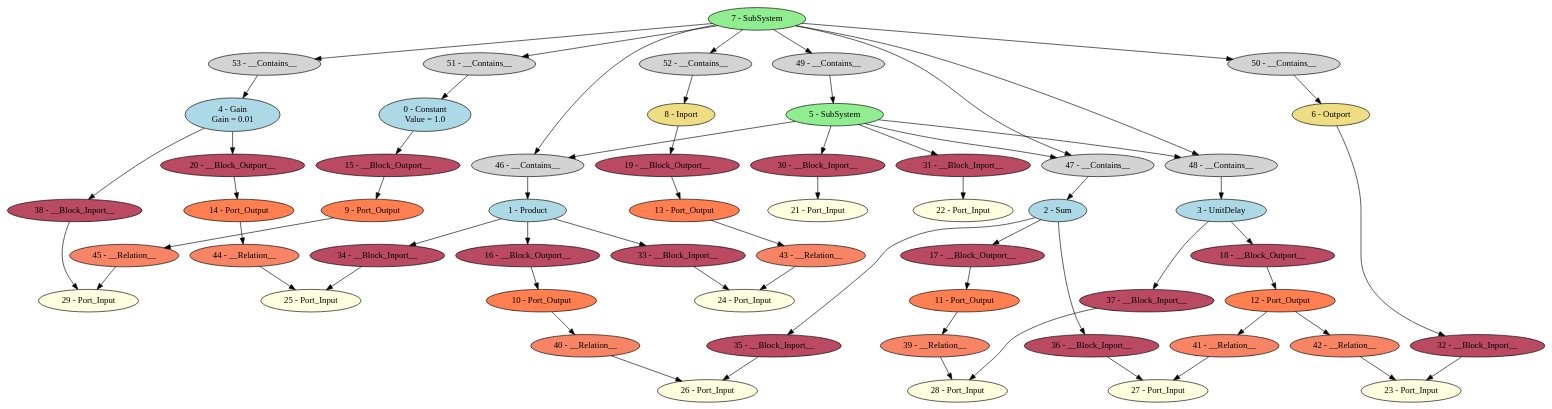
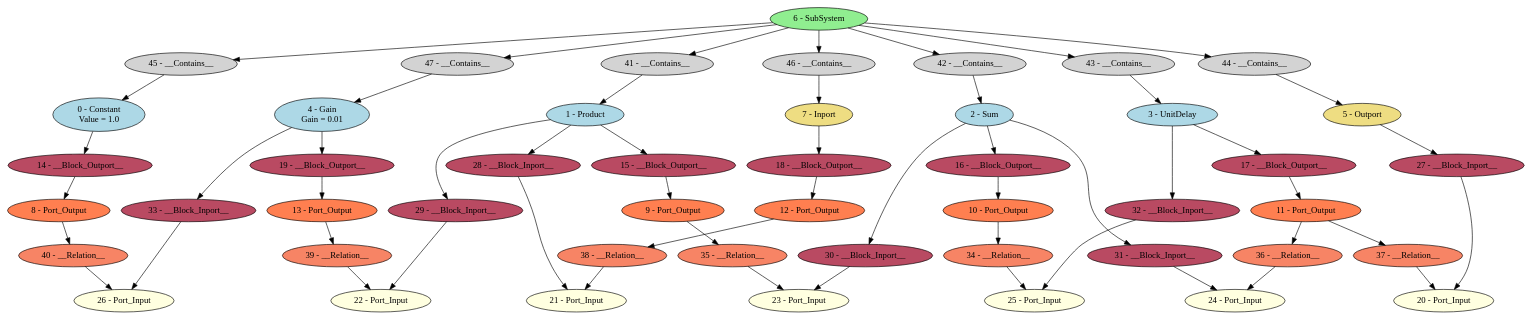
The diagram in CBDSimulator/dot/HConstfolding_hier_opt.dot (BentleyJOakes/BDOT), drawn with Graphviz before and after one commit. The commit also changed 4 other files, not shown here.

```diff
--- a/CBDSimulator/dot/HConstfolding_hier_opt.dot
+++ b/CBDSimulator/dot/HConstfolding_hier_opt.dot
@@ -1,119 +1,104 @@
 digraph HConstfolding_hier_opt {
 "0 - Constant\n Value = 1.0" [style=filled, fillcolor=lightblue];
 "1 - Product" [style=filled, fillcolor=lightblue];
 "2 - Sum" [style=filled, fillcolor=lightblue];
 "3 - UnitDelay" [style=filled, fillcolor=lightblue];
 "4 - Gain\n Gain = 0.01" [style=filled, fillcolor=lightblue];
-"5 - SubSystem" [style=filled, fillcolor=lightgreen];
-"6 - Outport" [style=filled, fillcolor=lightgoldenrod];
-"7 - SubSystem" [style=filled, fillcolor=lightgreen];
-"8 - Inport" [style=filled, fillcolor=lightgoldenrod];
+"5 - Outport" [style=filled, fillcolor=lightgoldenrod];
+"6 - SubSystem" [style=filled, fillcolor=lightgreen];
+"7 - Inport" [style=filled, fillcolor=lightgoldenrod];
+"8 - Port_Output" [style=filled, fillcolor=coral];
 "9 - Port_Output" [style=filled, fillcolor=coral];
 "10 - Port_Output" [style=filled, fillcolor=coral];
 "11 - Port_Output" [style=filled, fillcolor=coral];
 "12 - Port_Output" [style=filled, fillcolor=coral];
 "13 - Port_Output" [style=filled, fillcolor=coral];
-"14 - Port_Output" [style=filled, fillcolor=coral];
+"14 - __Block_Outport__" [style=filled, fillcolor="#b94a62"];
 "15 - __Block_Outport__" [style=filled, fillcolor="#b94a62"];
 "16 - __Block_Outport__" [style=filled, fillcolor="#b94a62"];
 "17 - __Block_Outport__" [style=filled, fillcolor="#b94a62"];
 "18 - __Block_Outport__" [style=filled, fillcolor="#b94a62"];
 "19 - __Block_Outport__" [style=filled, fillcolor="#b94a62"];
-"20 - __Block_Outport__" [style=filled, fillcolor="#b94a62"];
+"20 - Port_Input" [style=filled, fillcolor=lightyellow];
 "21 - Port_Input" [style=filled, fillcolor=lightyellow];
 "22 - Port_Input" [style=filled, fillcolor=lightyellow];
 "23 - Port_Input" [style=filled, fillcolor=lightyellow];
 "24 - Port_Input" [style=filled, fillcolor=lightyellow];
 "25 - Port_Input" [style=filled, fillcolor=lightyellow];
 "26 - Port_Input" [style=filled, fillcolor=lightyellow];
-"27 - Port_Input" [style=filled, fillcolor=lightyellow];
-"28 - Port_Input" [style=filled, fillcolor=lightyellow];
-"29 - Port_Input" [style=filled, fillcolor=lightyellow];
+"27 - __Block_Inport__" [style=filled, fillcolor="#b94a62"];
+"28 - __Block_Inport__" [style=filled, fillcolor="#b94a62"];
+"29 - __Block_Inport__" [style=filled, fillcolor="#b94a62"];
 "30 - __Block_Inport__" [style=filled, fillcolor="#b94a62"];
 "31 - __Block_Inport__" [style=filled, fillcolor="#b94a62"];
 "32 - __Block_Inport__" [style=filled, fillcolor="#b94a62"];
 "33 - __Block_Inport__" [style=filled, fillcolor="#b94a62"];
-"34 - __Block_Inport__" [style=filled, fillcolor="#b94a62"];
-"35 - __Block_Inport__" [style=filled, fillcolor="#b94a62"];
-"36 - __Block_Inport__" [style=filled, fillcolor="#b94a62"];
-"37 - __Block_Inport__" [style=filled, fillcolor="#b94a62"];
-"38 - __Block_Inport__" [style=filled, fillcolor="#b94a62"];
+"34 - __Relation__" [style=filled, fillcolor="#f78465"];
+"35 - __Relation__" [style=filled, fillcolor="#f78465"];
+"36 - __Relation__" [style=filled, fillcolor="#f78465"];
+"37 - __Relation__" [style=filled, fillcolor="#f78465"];
+"38 - __Relation__" [style=filled, fillcolor="#f78465"];
 "39 - __Relation__" [style=filled, fillcolor="#f78465"];
 "40 - __Relation__" [style=filled, fillcolor="#f78465"];
-"41 - __Relation__" [style=filled, fillcolor="#f78465"];
-"42 - __Relation__" [style=filled, fillcolor="#f78465"];
-"43 - __Relation__" [style=filled, fillcolor="#f78465"];
-"44 - __Relation__" [style=filled, fillcolor="#f78465"];
-"45 - __Relation__" [style=filled, fillcolor="#f78465"];
+"41 - __Contains__" [style=filled, fillcolor=lightgray];
+"42 - __Contains__" [style=filled, fillcolor=lightgray];
+"43 - __Contains__" [style=filled, fillcolor=lightgray];
+"44 - __Contains__" [style=filled, fillcolor=lightgray];
+"45 - __Contains__" [style=filled, fillcolor=lightgray];
 "46 - __Contains__" [style=filled, fillcolor=lightgray];
 "47 - __Contains__" [style=filled, fillcolor=lightgray];
-"48 - __Contains__" [style=filled, fillcolor=lightgray];
-"49 - __Contains__" [style=filled, fillcolor=lightgray];
-"50 - __Contains__" [style=filled, fillcolor=lightgray];
-"51 - __Contains__" [style=filled, fillcolor=lightgray];
-"52 - __Contains__" [style=filled, fillcolor=lightgray];
-"53 - __Contains__" [style=filled, fillcolor=lightgray];
-"0 - Constant\n Value = 1.0" -> "15 - __Block_Outport__";
-"1 - Product" -> "16 - __Block_Outport__";
-"2 - Sum" -> "17 - __Block_Outport__";
-"3 - UnitDelay" -> "18 - __Block_Outport__";
-"4 - Gain\n Gain = 0.01" -> "20 - __Block_Outport__";
-"5 - SubSystem" -> "48 - __Contains__";
-"5 - SubSystem" -> "47 - __Contains__";
-"5 - SubSystem" -> "46 - __Contains__";
-"7 - SubSystem" -> "46 - __Contains__";
-"7 - SubSystem" -> "47 - __Contains__";
-"7 - SubSystem" -> "48 - __Contains__";
-"7 - SubSystem" -> "53 - __Contains__";
-"7 - SubSystem" -> "52 - __Contains__";
-"7 - SubSystem" -> "51 - __Contains__";
-"7 - SubSystem" -> "50 - __Contains__";
-"7 - SubSystem" -> "49 - __Contains__";
-"8 - Inport" -> "19 - __Block_Outport__";
-"9 - Port_Output" -> "45 - __Relation__";
-"10 - Port_Output" -> "40 - __Relation__";
-"11 - Port_Output" -> "39 - __Relation__";
-"12 - Port_Output" -> "42 - __Relation__";
-"12 - Port_Output" -> "41 - __Relation__";
-"13 - Port_Output" -> "43 - __Relation__";
-"14 - Port_Output" -> "44 - __Relation__";
+"0 - Constant\n Value = 1.0" -> "14 - __Block_Outport__";
+"1 - Product" -> "15 - __Block_Outport__";
+"2 - Sum" -> "16 - __Block_Outport__";
+"3 - UnitDelay" -> "17 - __Block_Outport__";
+"4 - Gain\n Gain = 0.01" -> "19 - __Block_Outport__";
+"6 - SubSystem" -> "41 - __Contains__";
+"6 - SubSystem" -> "42 - __Contains__";
+"6 - SubSystem" -> "43 - __Contains__";
+"6 - SubSystem" -> "47 - __Contains__";
+"6 - SubSystem" -> "46 - __Contains__";
+"6 - SubSystem" -> "45 - __Contains__";
+"6 - SubSystem" -> "44 - __Contains__";
+"7 - Inport" -> "18 - __Block_Outport__";
+"8 - Port_Output" -> "40 - __Relation__";
+"9 - Port_Output" -> "35 - __Relation__";
+"10 - Port_Output" -> "34 - __Relation__";
+"11 - Port_Output" -> "37 - __Relation__";
+"11 - Port_Output" -> "36 - __Relation__";
+"12 - Port_Output" -> "38 - __Relation__";
+"13 - Port_Output" -> "39 - __Relation__";
+"14 - __Block_Outport__" -> "8 - Port_Output";
 "15 - __Block_Outport__" -> "9 - Port_Output";
 "16 - __Block_Outport__" -> "10 - Port_Output";
 "17 - __Block_Outport__" -> "11 - Port_Output";
 "18 - __Block_Outport__" -> "12 - Port_Output";
 "19 - __Block_Outport__" -> "13 - Port_Output";
-"20 - __Block_Outport__" -> "14 - Port_Output";
-"30 - __Block_Inport__" -> "21 - Port_Input";
-"31 - __Block_Inport__" -> "22 - Port_Input";
-"32 - __Block_Inport__" -> "23 - Port_Input";
-"33 - __Block_Inport__" -> "24 - Port_Input";
-"34 - __Block_Inport__" -> "25 - Port_Input";
-"35 - __Block_Inport__" -> "26 - Port_Input";
-"36 - __Block_Inport__" -> "27 - Port_Input";
-"37 - __Block_Inport__" -> "28 - Port_Input";
-"38 - __Block_Inport__" -> "29 - Port_Input";
-"5 - SubSystem" -> "30 - __Block_Inport__";
-"5 - SubSystem" -> "31 - __Block_Inport__";
-"6 - Outport" -> "32 - __Block_Inport__";
-"1 - Product" -> "33 - __Block_Inport__";
-"1 - Product" -> "34 - __Block_Inport__";
-"2 - Sum" -> "35 - __Block_Inport__";
-"2 - Sum" -> "36 - __Block_Inport__";
-"3 - UnitDelay" -> "37 - __Block_Inport__";
-"4 - Gain\n Gain = 0.01" -> "38 - __Block_Inport__";
-"39 - __Relation__" -> "28 - Port_Input";
+"27 - __Block_Inport__" -> "20 - Port_Input";
+"28 - __Block_Inport__" -> "21 - Port_Input";
+"29 - __Block_Inport__" -> "22 - Port_Input";
+"30 - __Block_Inport__" -> "23 - Port_Input";
+"31 - __Block_Inport__" -> "24 - Port_Input";
+"32 - __Block_Inport__" -> "25 - Port_Input";
+"33 - __Block_Inport__" -> "26 - Port_Input";
+"5 - Outport" -> "27 - __Block_Inport__";
+"1 - Product" -> "28 - __Block_Inport__";
+"1 - Product" -> "29 - __Block_Inport__";
+"2 - Sum" -> "30 - __Block_Inport__";
+"2 - Sum" -> "31 - __Block_Inport__";
+"3 - UnitDelay" -> "32 - __Block_Inport__";
+"4 - Gain\n Gain = 0.01" -> "33 - __Block_Inport__";
+"34 - __Relation__" -> "25 - Port_Input";
+"35 - __Relation__" -> "23 - Port_Input";
+"36 - __Relation__" -> "24 - Port_Input";
+"37 - __Relation__" -> "20 - Port_Input";
+"38 - __Relation__" -> "21 - Port_Input";
+"39 - __Relation__" -> "22 - Port_Input";
 "40 - __Relation__" -> "26 - Port_Input";
-"41 - __Relation__" -> "27 - Port_Input";
-"42 - __Relation__" -> "23 - Port_Input";
-"43 - __Relation__" -> "24 - Port_Input";
-"44 - __Relation__" -> "25 - Port_Input";
-"45 - __Relation__" -> "29 - Port_Input";
-"46 - __Contains__" -> "1 - Product";
-"47 - __Contains__" -> "2 - Sum";
-"48 - __Contains__" -> "3 - UnitDelay";
-"49 - __Contains__" -> "5 - SubSystem";
-"50 - __Contains__" -> "6 - Outport";
-"51 - __Contains__" -> "0 - Constant\n Value = 1.0";
-"52 - __Contains__" -> "8 - Inport";
-"53 - __Contains__" -> "4 - Gain\n Gain = 0.01";
+"41 - __Contains__" -> "1 - Product";
+"42 - __Contains__" -> "2 - Sum";
+"43 - __Contains__" -> "3 - UnitDelay";
+"44 - __Contains__" -> "5 - Outport";
+"45 - __Contains__" -> "0 - Constant\n Value = 1.0";
+"46 - __Contains__" -> "7 - Inport";
+"47 - __Contains__" -> "4 - Gain\n Gain = 0.01";
 }
```
